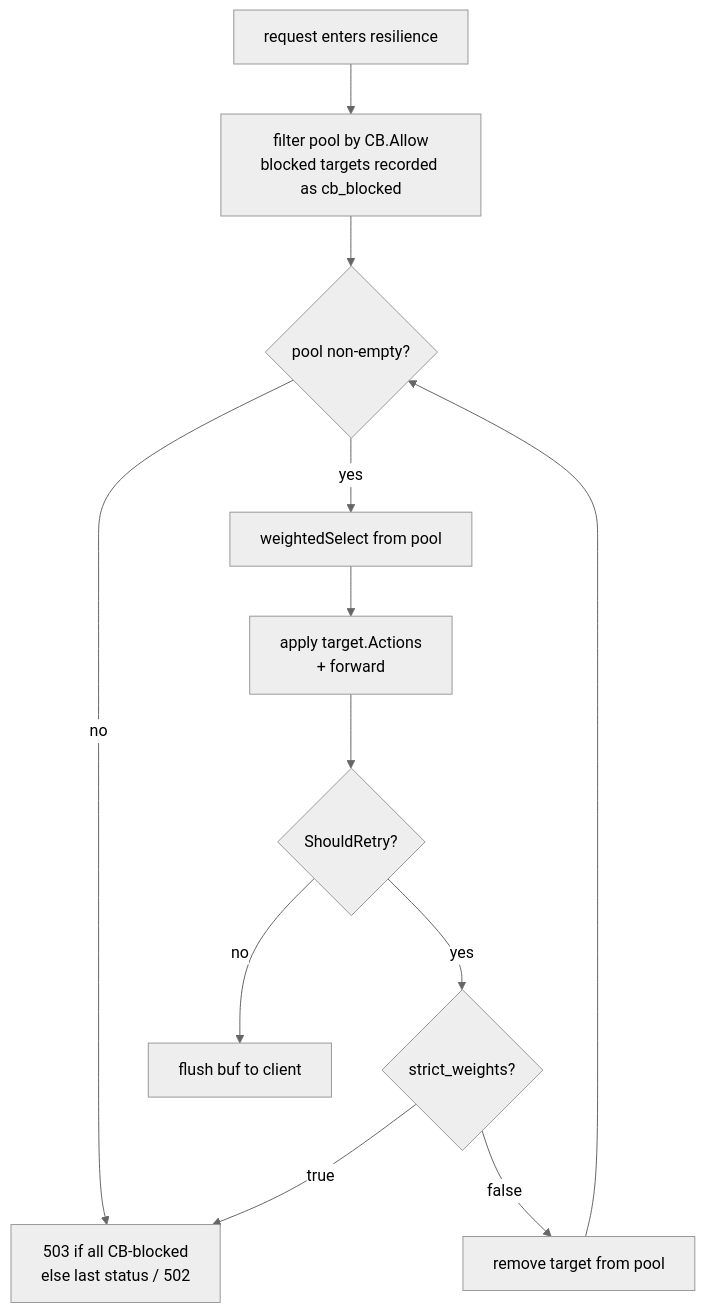
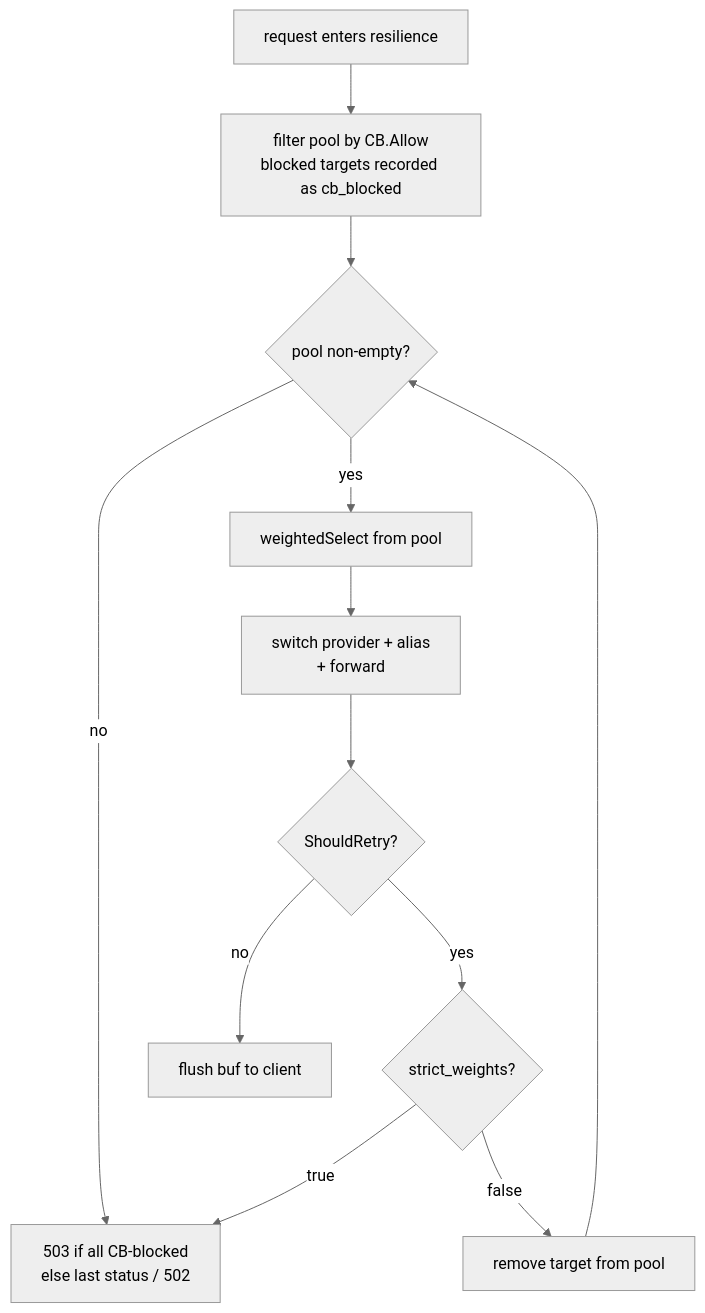
The third of 4 diagrams in docs/resilience.md (andyjmorgan/slipspace-gateway), drawn with Mermaid (neutral theme) before and after one commit. The commit also changed other lines of this file and 27 other files, not shown here.

````diff
--- a/docs/resilience.md
+++ b/docs/resilience.md
@@ -268,14 +261,14 @@
 ```mermaid
 flowchart TB
     Start[request enters resilience] --> Filter[filter pool by CB.Allow<br/>blocked targets recorded as cb_blocked]
     Filter --> Loop{pool non-empty?}
     Loop -- no --> Exhausted[503 if all CB-blocked<br/>else last status / 502]
     Loop -- yes --> Pick[weightedSelect from pool]
-    Pick --> Run[apply target.Actions<br/>+ forward]
+    Pick --> Run[switch provider + alias<br/>+ forward]
     Run --> Decide{ShouldRetry?}
     Decide -- no --> Commit[flush buf to client]
     Decide -- yes --> Strict{strict_weights?}
     Strict -- true --> Exhausted
     Strict -- false --> Shrink[remove target from pool]
     Shrink --> Loop
 ```
````
